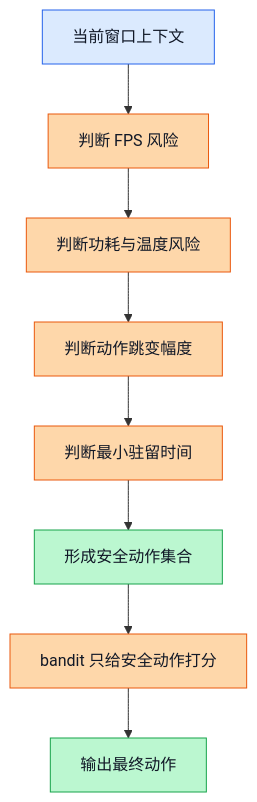
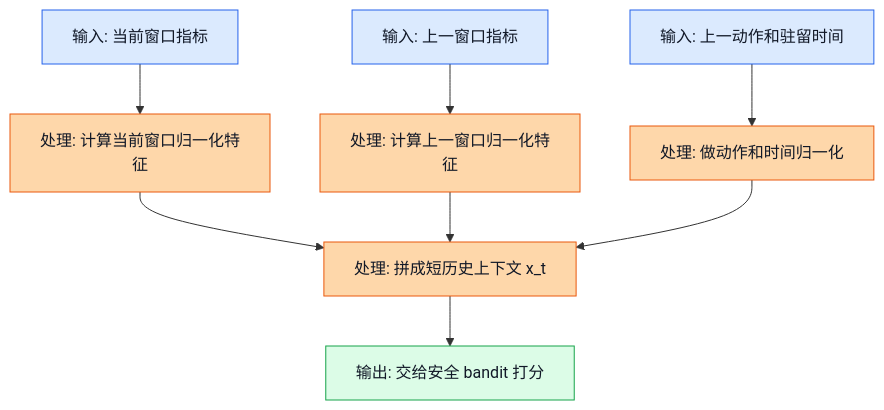
One commit to Mrphase/RL-Doc changed the second of 4 diagrams in learn/06_Safe_Contextual_Bandit.md. Above: the diagram before and after it, drawn with Mermaid. The commit also changed other lines of this file, not shown here.

Commit message:
docs: rewrite safe contextual bandit lesson

````diff
--- a/learn/06_Safe_Contextual_Bandit.md
+++ b/learn/06_Safe_Contextual_Bandit.md
@@ -335,18 +318,18 @@
 ```mermaid
 flowchart TD
-    A[当前窗口上下文] --> B[判断 FPS 风险]
-    B --> C[判断功耗与温度风险]
-    C --> D[判断动作跳变幅度]
-    D --> E[判断最小驻留时间]
-    E --> F[形成安全动作集合]
-    F --> G[bandit 只给安全动作打分]
-    G --> H[输出最终动作]
+    A[输入: 当前窗口指标] --> B[处理: 计算当前窗口归一化特征]
+    C[输入: 上一窗口指标] --> D[处理: 计算上一窗口归一化特征]
+    E[输入: 上一动作和驻留时间] --> F[处理: 做动作和时间归一化]
+    B --> G[处理: 拼成短历史上下文 x_t]
+    D --> G
+    F --> G
+    G --> H[输出: 交给安全 bandit 打分]
 
     classDef input fill:#dbeafe,stroke:#2563eb,color:#111827;
     classDef process fill:#fed7aa,stroke:#ea580c,color:#111827;
-    classDef output fill:#bbf7d0,stroke:#16a34a,color:#111827;
+    classDef output fill:#dcfce7,stroke:#16a34a,color:#111827;
 
-    class A input;
-    class B,C,D,E,G process;
-    class F,H output;
+    class A,C,E input
+    class B,D,F,G process
+    class H output
 ```
````
